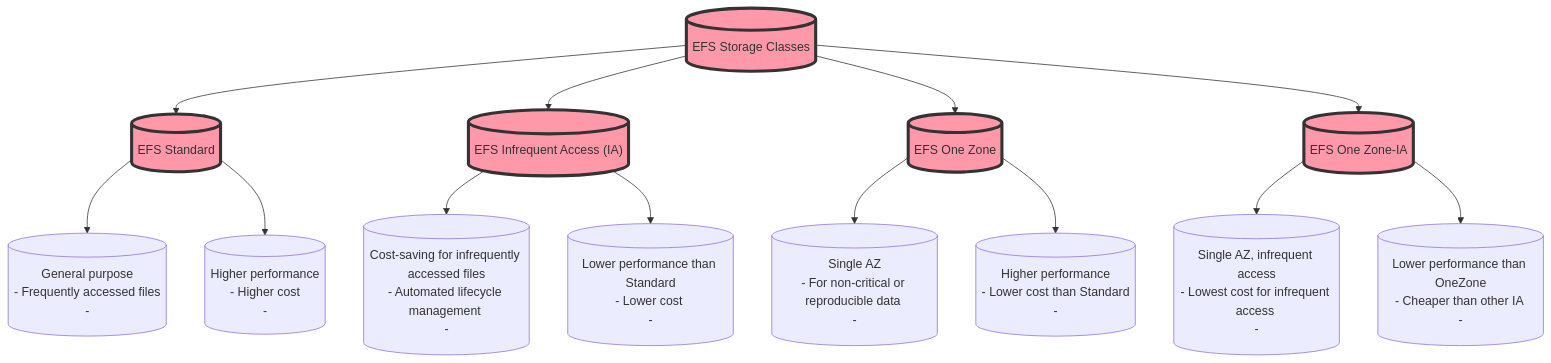
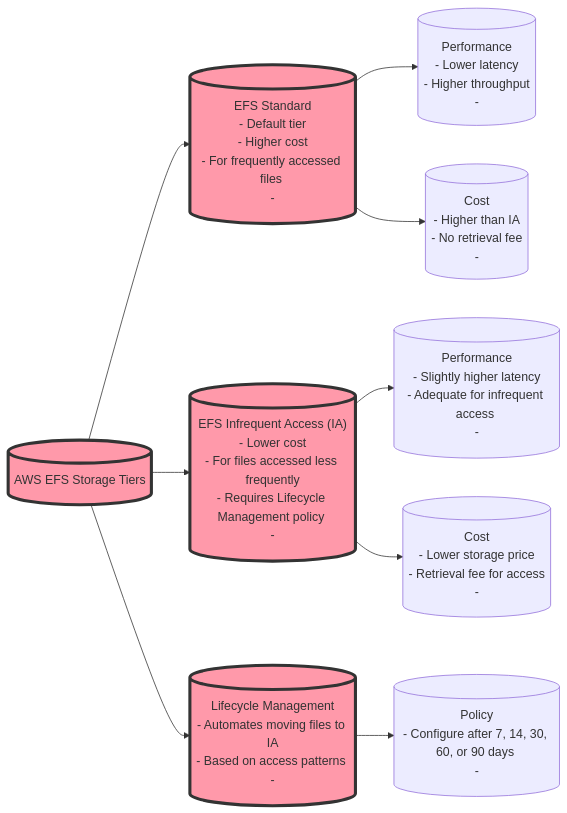
One commit to skrradev/aws-saa-notes changed the first of 2 diagrams in notes/storage/EFS/EFS Storage Tiers.md. Above: the diagram before and after it, drawn with Mermaid. The commit also changed other lines of this file and 85 other files, not shown here.

````diff
--- a/notes/storage/EFS/EFS Storage Tiers.md
+++ b/notes/storage/EFS/EFS Storage Tiers.md
@@ -4,26 +4,22 @@
 ```mermaid
-graph TD;
-    EFS_Storage_Classes[("EFS Storage Classes")]
-    EFS_Storage_Classes --> Standard[("EFS Standard")]
-    EFS_Storage_Classes --> IA[("EFS Infrequent Access (IA)")]
-    EFS_Storage_Classes --> OneZone[("EFS One Zone")]
-    EFS_Storage_Classes --> OneZone_IA[("EFS One Zone-IA")]
+graph LR;
+    EFS_Storage_Tiers[("AWS EFS Storage Tiers")]
+    EFS_Storage_Tiers --> Standard[("EFS Standard\n- Default tier\n- Higher cost\n- For frequently accessed files \n-")]
+    EFS_Storage_Tiers --> IA[("EFS Infrequent Access (IA)\n- Lower cost\n- For files accessed less frequently\n- Requires Lifecycle Management policy \n-")]
 
-    Standard --> Standard_Use[("General purpose\n- Frequently accessed files \n-")]
-    Standard --> Standard_Performance[("Higher performance\n- Higher cost \n-")]
+    Standard --> Performance_Standard[("Performance\n- Lower latency\n- Higher throughput \n-")]
+    Standard --> Cost_Standard[("Cost\n- Higher than IA\n- No retrieval fee \n-")]
 
-    IA --> IA_Use[("Cost-saving for infrequently accessed files\n- Automated lifecycle management \n-")]
-    IA --> IA_Performance[("Lower performance than Standard\n- Lower cost \n-")]
+    IA --> Performance_IA[("Performance\n- Slightly higher latency\n- Adequate for infrequent access \n-")]
+    IA --> Cost_IA[("Cost\n- Lower storage price\n- Retrieval fee for access \n-")]
 
-    OneZone --> OneZone_Use[("Single AZ\n- For non-critical or reproducible data \n-")]
-    OneZone --> OneZone_Performance[("Higher performance\n- Lower cost than Standard \n-")]
-
-    OneZone_IA --> OneZone_IA_Use[("Single AZ, infrequent access\n- Lowest cost for infrequent access \n-")]
-    OneZone_IA --> OneZone_IA_Performance[("Lower performance than OneZone\n- Cheaper than other IA \n-")]
+    EFS_Storage_Tiers --> Lifecycle_Management[("Lifecycle Management\n- Automates moving files to IA\n- Based on access patterns \n-")]
+    Lifecycle_Management --> Policy[("Policy\n- Configure after 7, 14, 30, 60, or 90 days \n-")]
 
     classDef important fill:#f9a,stroke:#333,stroke-width:4px;
-    class EFS_Storage_Classes,Standard,IA,OneZone,OneZone_IA important;
+    class EFS_Storage_Tiers,Standard,IA,Lifecycle_Management important;
+
 
 
 
 ```
````
